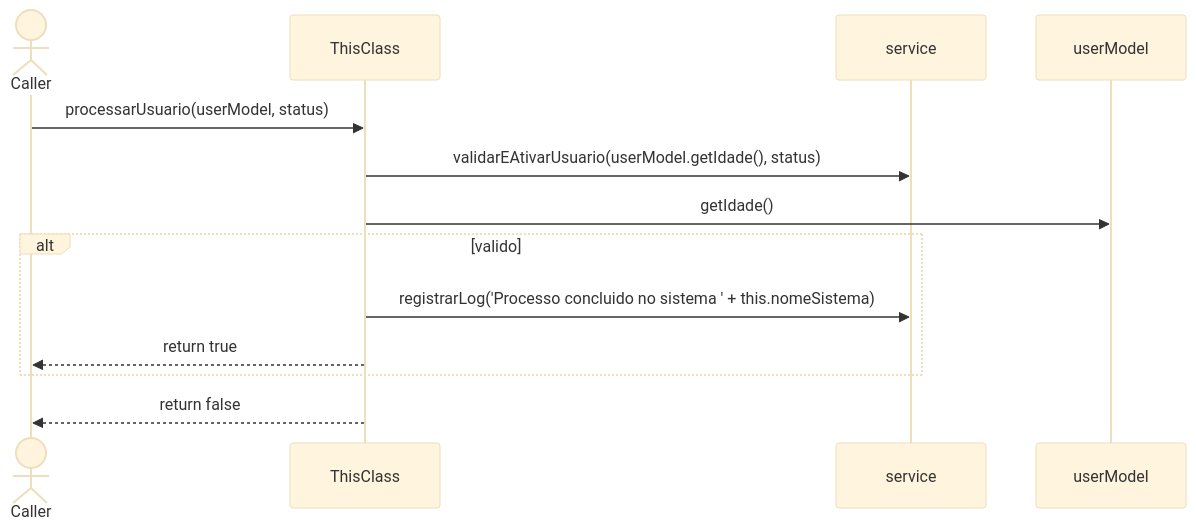
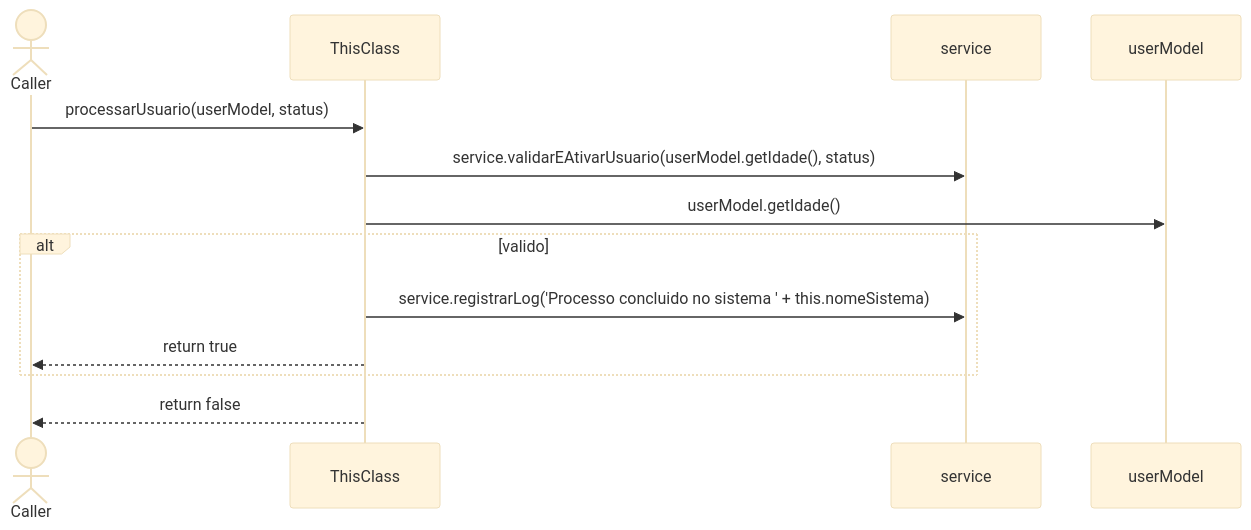
Before and after one commit to FelipeMCassiano/geanky: the third of 3 diagrams in docs/UsuarioController.md, drawn with Mermaid (base theme). The commit also changed 6 other files, not shown here.

````diff
--- a/docs/UsuarioController.md
+++ b/docs/UsuarioController.md
@@ -97,17 +97,17 @@
 ```mermaid
 sequenceDiagram
     actor Caller
     participant ThisClass
     participant service
     participant userModel
 
     Caller->>ThisClass: processarUsuario(userModel, status)
-    ThisClass->>service: validarEAtivarUsuario(userModel.getIdade(), status)
-    ThisClass->>userModel: getIdade()
+    ThisClass->>service: service.validarEAtivarUsuario(userModel.getIdade(), status)
+    ThisClass->>userModel: userModel.getIdade()
     alt valido
-    ThisClass->>service: registrarLog('Processo concluido no sistema ' + this.nomeSistema)
+    ThisClass->>service: service.registrarLog('Processo concluido no sistema ' + this.nomeSistema)
     ThisClass-->>Caller: return true
     end
     ThisClass-->>Caller: return false
 
 ```
````
